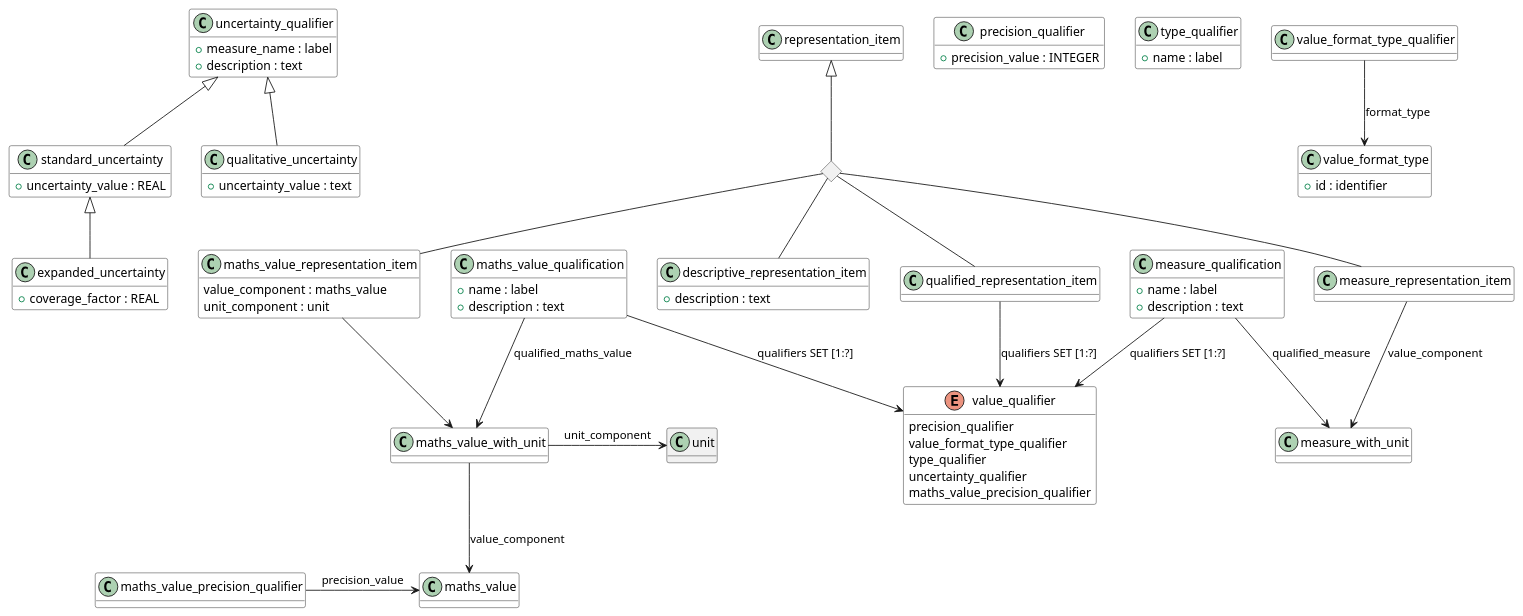
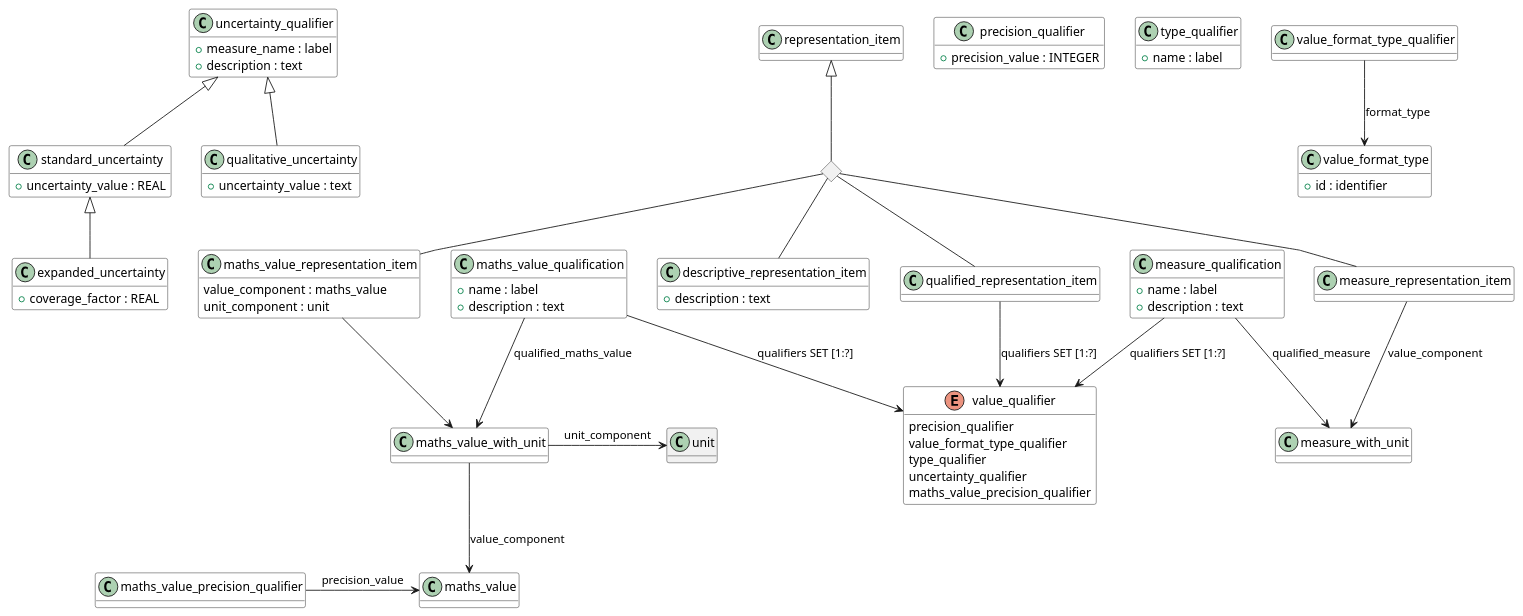
One commit to chukkaba/10303 changed the diagram in 004 Material/qualified_measure/source/qualified_measure.pu. Above: the diagram before and after it, drawn with PlantUML. The commit also changed 4 other files, not shown here.

```diff
--- a/004 Material/qualified_measure/source/qualified_measure.pu
+++ b/004 Material/qualified_measure/source/qualified_measure.pu
@@ -1,135 +1,135 @@
 @startuml qualified_measure
 
 '!pragma layout smetana
 hide empty methods
 'skinparam Nodesep 150
-'skinparam Linetype ortho
+skinparam Linetype polyline
 
 
 class representation_item #White {
   
 }
 
 class descriptive_representation_item #White {
   + description : text
 }
 
 class expanded_uncertainty #White {
   + coverage_factor : REAL
 }
 
 class maths_value_qualification #White {
   + name : label
   + description : text
 }
 'переменные следущего класса не приведены в схеме express
 class maths_value_representation_item #White {
   value_component : maths_value
   unit_component : unit
 }
 
 class measure_qualification #White {
   + name : label
   + description : text
 }
 
 class measure_representation_item #White {
 
 }
 
 class maths_value_precision_qualifier #White {
 
 }
 
 class precision_qualifier #White {
   + precision_value : INTEGER
 }
 
 class qualified_representation_item #White {
 
 }
 
 class qualitative_uncertainty #White {
   + uncertainty_value : text
 }
 
 class standard_uncertainty #White {
   + uncertainty_value : REAL
 }
 
 class type_qualifier #White {
   + name : label
 }
 
 class uncertainty_qualifier #White {
   + measure_name : label
   + description : text
 }
 
 class value_format_type_qualifier #White {
  
 }
 
 class value_format_type #White {
     + id : identifier
 }
 
 class maths_value_with_unit #White {
 
 }
 
 class measure_with_unit #White {
 
 }
 
 class maths_value #White {
 
 }
 
 enum value_qualifier #White {
     precision_qualifier
     value_format_type_qualifier
     type_qualifier
     uncertainty_qualifier
     maths_value_precision_qualifier
 }
 
 <> diamond
 
 ' Связи между классами
 
 diamond -up-|> representation_item
 
 descriptive_representation_item -up- diamond
 
 expanded_uncertainty -up-|> standard_uncertainty
 
 maths_value_qualification -down-> maths_value_with_unit : qualified_maths_value
 maths_value_qualification --> value_qualifier : qualifiers SET [1:?]
 
 maths_value_representation_item -up- diamond
 maths_value_representation_item --> maths_value_with_unit
 
 measure_qualification --> measure_with_unit : qualified_measure
 measure_qualification --> value_qualifier : qualifiers SET [1:?]
 
 measure_representation_item -up- diamond
 measure_representation_item --> measure_with_unit : value_component 
 
 qualified_representation_item -up- diamond
 qualified_representation_item --> value_qualifier : qualifiers SET [1:?]
 
 qualitative_uncertainty -up-|> uncertainty_qualifier
 
 
 standard_uncertainty -up-|> uncertainty_qualifier
 
 
 value_format_type_qualifier --> value_format_type : format_type
 
 maths_value_precision_qualifier  -right-> maths_value : precision_value
 
 maths_value_with_unit --> maths_value : value_component
 maths_value_with_unit -right-> unit : unit_component
 
 @enduml
```
